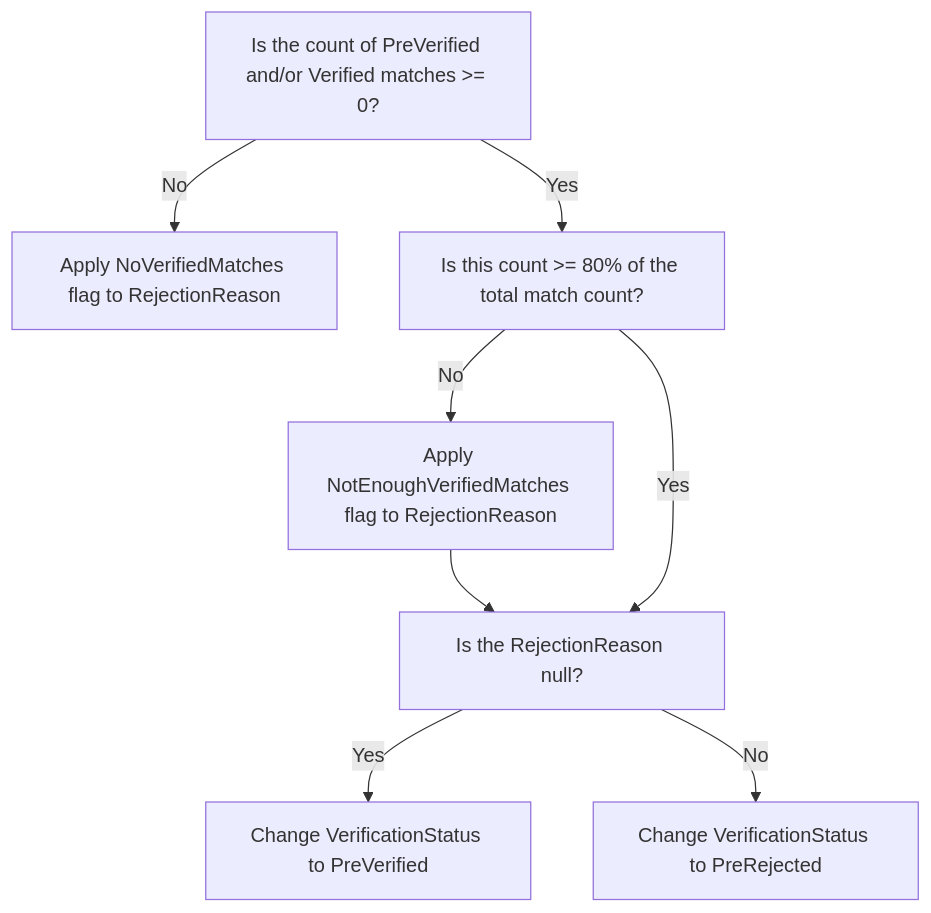
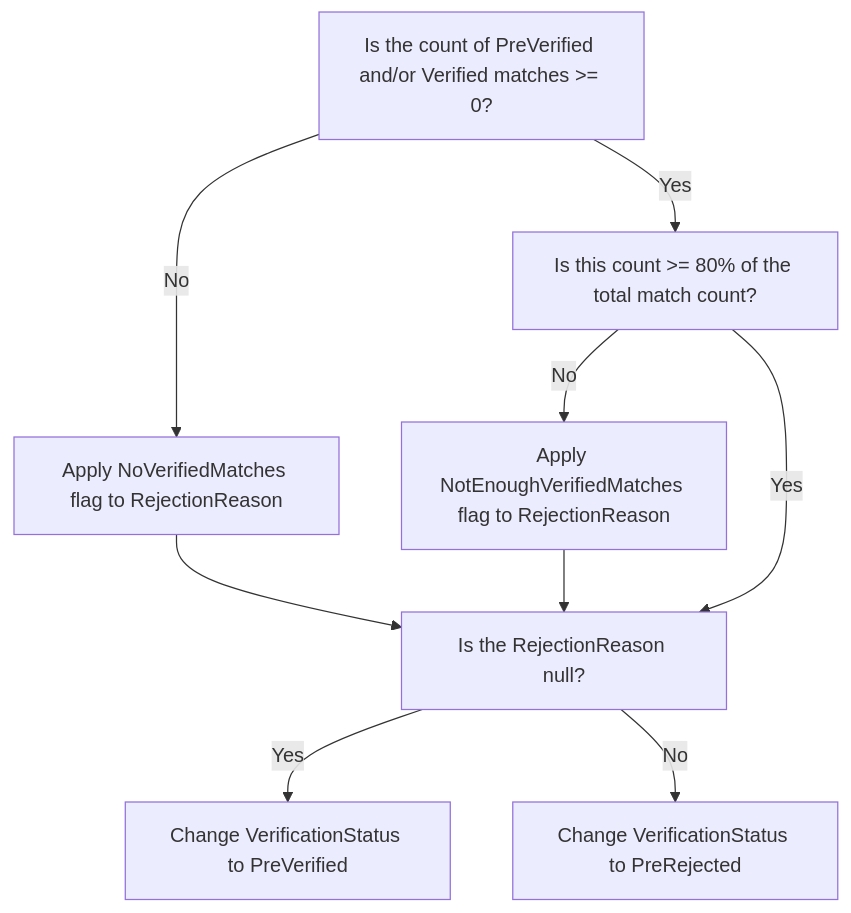
The second of 5 diagrams in docs/topics/Automated-Checks.md (osu-tournament-rating/otr-docs), drawn with Mermaid before and after one commit. The commit also changed other lines of this file, not shown here.

````diff
--- a/docs/topics/Automated-Checks.md
+++ b/docs/topics/Automated-Checks.md
@@ -59,17 +71,17 @@
 ```Mermaid
 flowchart TD;
    A[Is the count of PreVerified and/or Verified matches >= 0?]
    B[Apply NoVerifiedMatches flag to RejectionReason]
    C[Is this count >= 80% of the total match count?]
    D[Apply NotEnoughVerifiedMatches flag to RejectionReason]
    PreTerm[Is the RejectionReason null?]
    TermPositive[Change VerificationStatus to PreVerified]
    TermNegative[Change VerificationStatus to PreRejected]
    
-   A -- No --> B
+   A -- No --> B --> PreTerm
    A -- Yes --> C
    C -- No --> D --> PreTerm
    C -- Yes --> PreTerm
    PreTerm -- Yes --> TermPositive
    PreTerm -- No --> TermNegative
 ```
````
